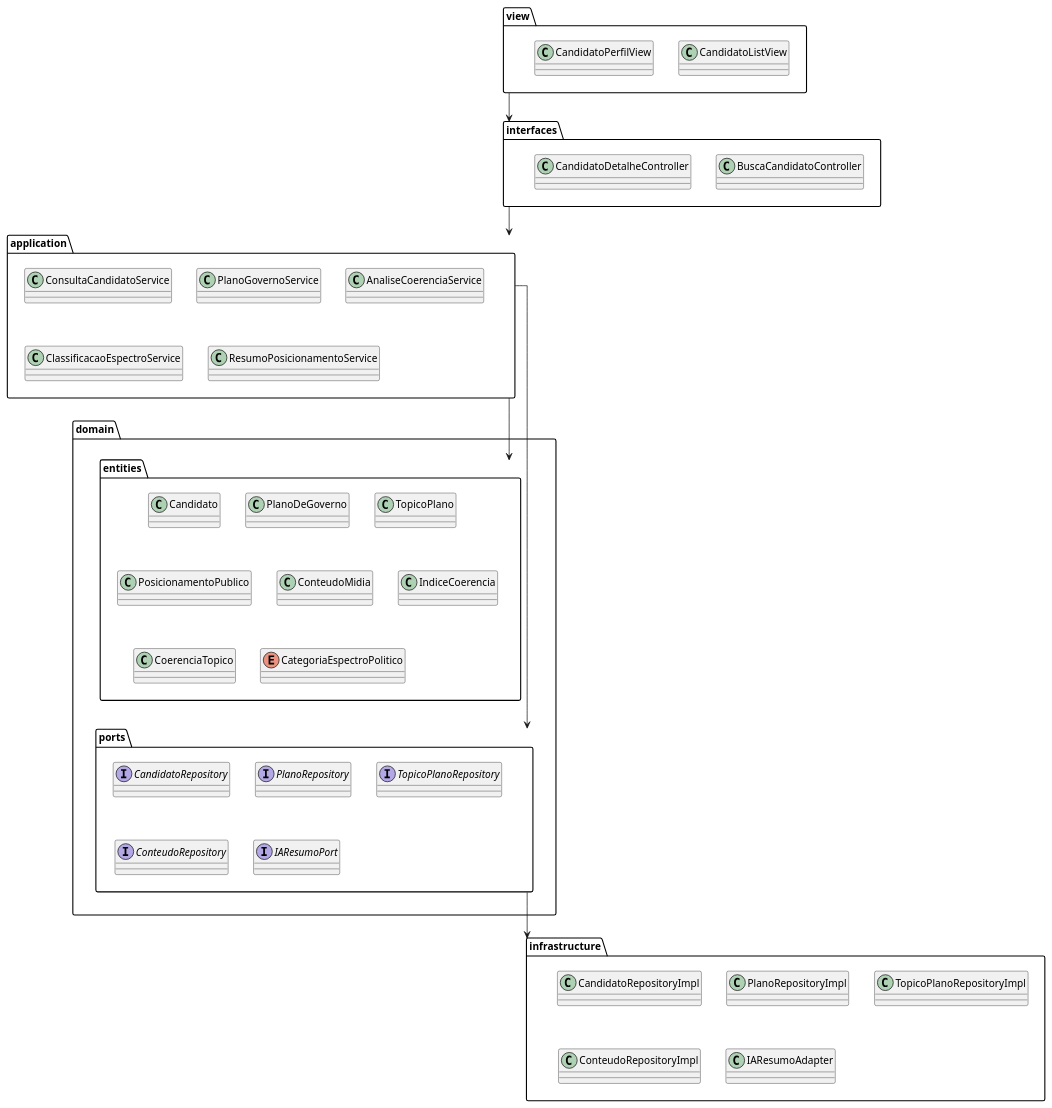
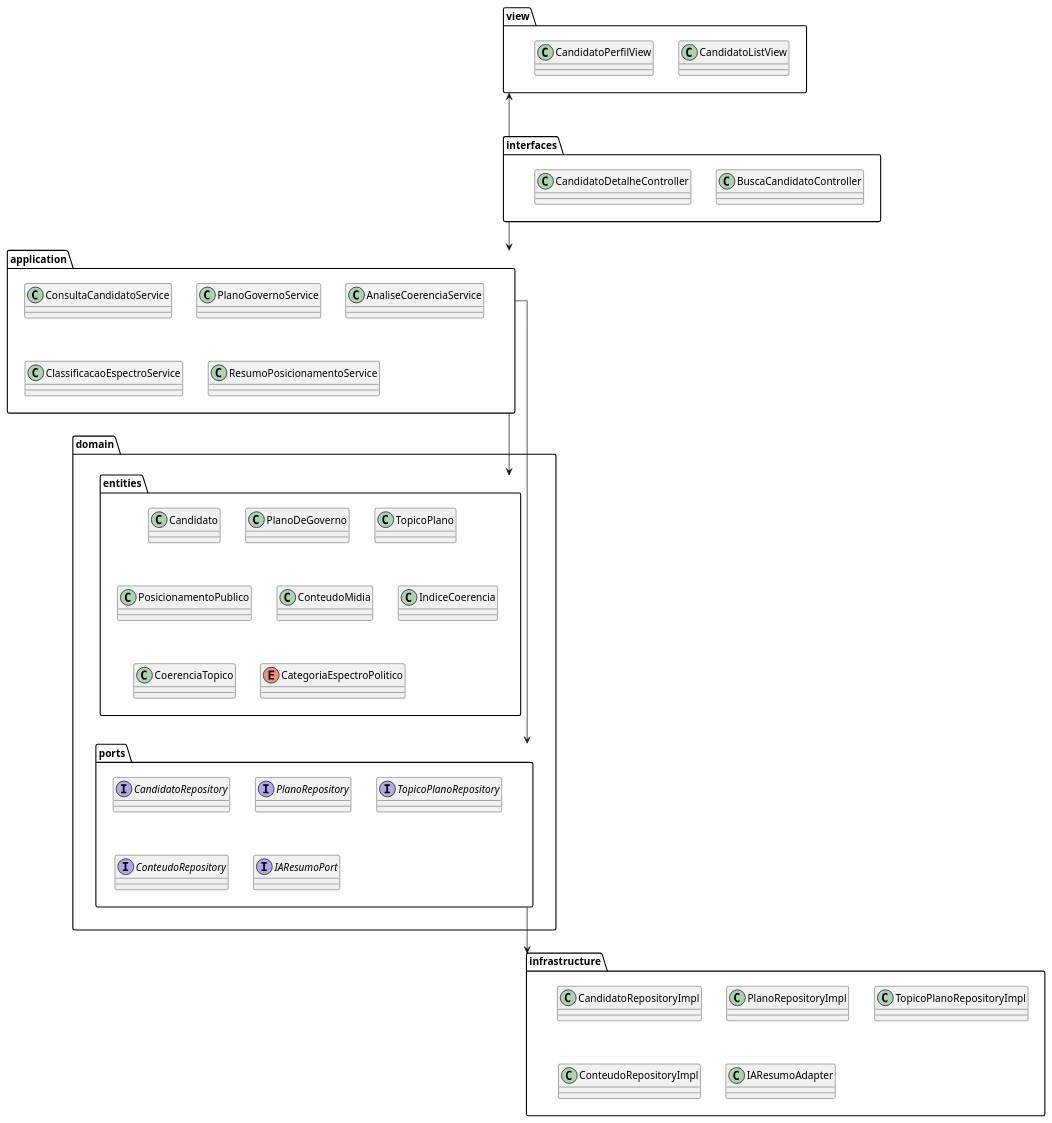
The diagram in sistema-java/docs/02 - Implementação/Diagrama_Pacotes.md (Nenhum-Grupo/ProjetoEngenharia), drawn with PlantUML before and after one commit. The commit also changed other lines of this file, not shown here.

Commit message:
Revise package diagram and update dependencies
Updated package diagram with new visual representation and dependencies.

````diff
--- a/sistema-java/docs/02 - Implementação/Diagrama_Pacotes.md
+++ b/sistema-java/docs/02 - Implementação/Diagrama_Pacotes.md
@@ -21,73 +21,72 @@
 ```plantuml
 @startuml
 
 
 skinparam linetype ortho
 top to bottom direction
 skinparam shadowing false
 
 package "view" {
  class CandidatoListView
  class CandidatoPerfilView
 }
 package "interfaces" {
 
   class BuscaCandidatoController
   class CandidatoDetalheController
 
 }
 
 package "application" {
 
   class ConsultaCandidatoService
   class PlanoGovernoService
   class AnaliseCoerenciaService
   class ClassificacaoEspectroService
   class ResumoPosicionamentoService
 
 }
 
 package "domain.entities" {
 
   class Candidato
   class PlanoDeGoverno
   class TopicoPlano
   class PosicionamentoPublico
   class ConteudoMidia
   class IndiceCoerencia
   class CoerenciaTopico
   enum CategoriaEspectroPolitico
 
 }
 
 package "domain.ports" {
 
   interface CandidatoRepository
   interface PlanoRepository
   interface TopicoPlanoRepository
   interface ConteudoRepository
   interface IAResumoPort
 
 }
 
 package "infrastructure" {
 
   class CandidatoRepositoryImpl
   class PlanoRepositoryImpl
   class TopicoPlanoRepositoryImpl
   class ConteudoRepositoryImpl
   class IAResumoAdapter
 
 }
 
 ' Dependências entre pacotes
-
-view --> interfaces
+interfaces -up--> view
 interfaces --> application
 application -down--> domain.entities
 domain.entities -[hidden]down---> domain.ports
 application --> domain.ports
 domain.ports -down--> infrastructure
 
 @enduml
 ```
````
